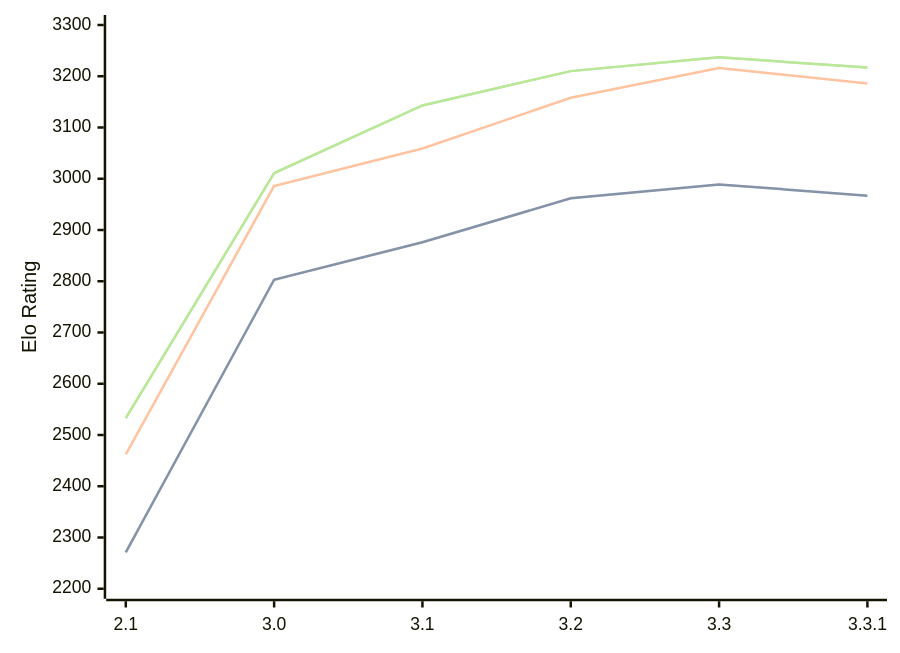
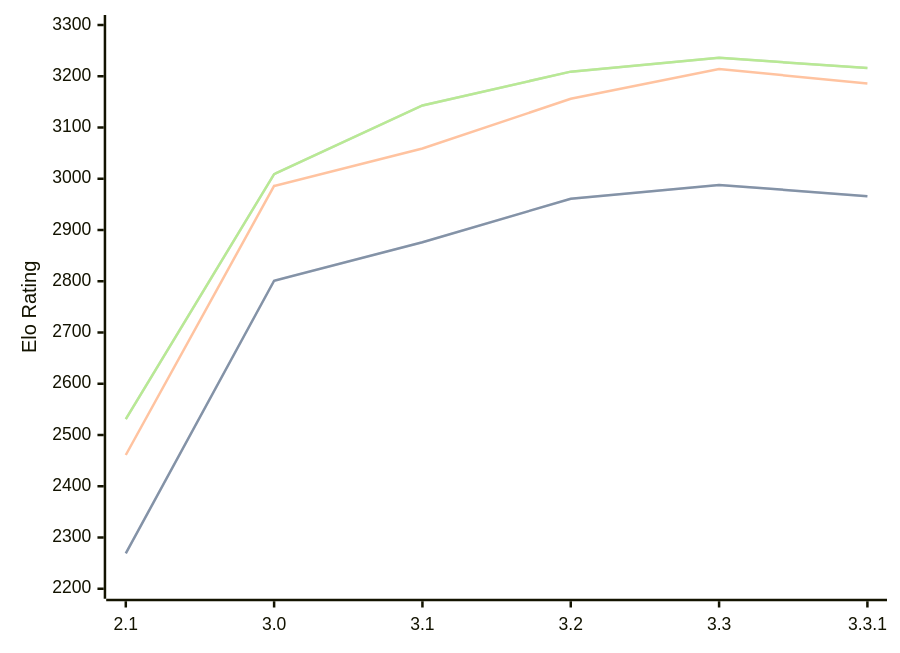
The diagram in engines/Petrel.md (computer-chess-index/cci), drawn with Mermaid before and after one commit. The commit also changed other lines of this file, not shown here.

Commit message:
Update CCI Ratings (ELO VLTC) - 2026-03-07

````diff
--- a/engines/Petrel.md
+++ b/engines/Petrel.md
@@ -41,11 +41,11 @@
 ```mermaid
 %%{init: {"theme":"base","themeVariables":{"seriesColors:['#a3a3a3','#222221','#faa371']}}}%%
 xychart-beta
   x-axis ["2.1", "3.0", "3.1", "3.2", "3.3", "3.3.1"]
   y-axis "Elo Rating" 2200 --> 3300
-  line "STC (8.0+0.08s)" [2271, 2803, 2876, 2962, 2989, 2967]
-  line "STC (8.0+0.08s)" [2271, 2803, 2876, 2962, 2989, 2967]
-  line "LTC (60.0+0.60s)" [2462, 2986, 3059, 3158, 3216, 3186]
-  line "VLTC (2m24s+1.12s)" [2533, 3011, 3143, 3210, 3237, 3217]
-  line "VLTC (2m24s+1.12s)" [2533, 3011, 3143, 3210, 3237, 3217]
+  line "STC (8.0+0.08s)" [2269, 2801, 2876, 2961, 2988, 2966]
+  line "STC (8.0+0.08s)" [2269, 2801, 2876, 2961, 2988, 2966]
+  line "LTC (60.0+0.60s)" [2461, 2986, 3059, 3156, 3214, 3186]
+  line "VLTC (2m24s+1.12s)" [2531, 3009, 3143, 3209, 3236, 3216]
+  line "VLTC (2m24s+1.12s)" [2531, 3009, 3143, 3209, 3236, 3216]
 ```
````
